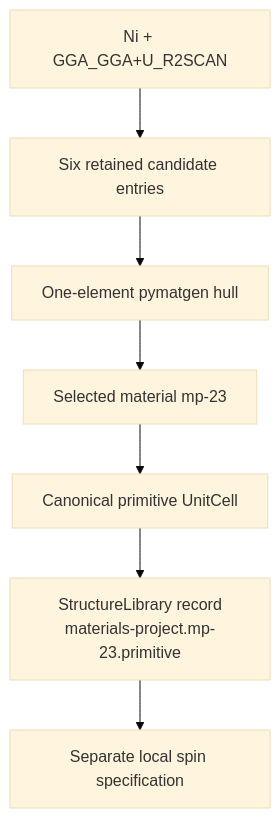
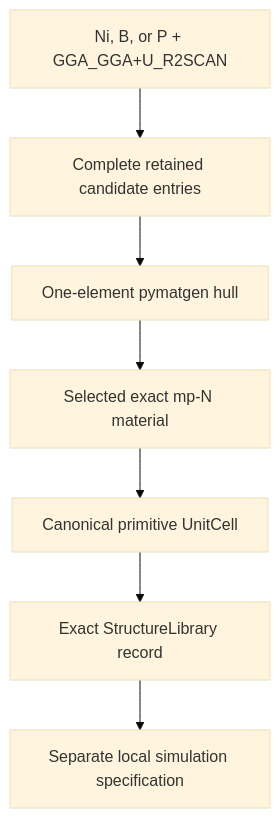
Before and after one commit to eragasa/projectkoios-simulations: the fourth of 6 diagrams in docs/architecture/projectkoios/integrations/materials_project/schematics.md, drawn with Mermaid (base theme). The commit also changed other lines of this file and 12 other files, not shown here.

````diff
--- a/docs/architecture/projectkoios/integrations/materials_project/schematics.md
+++ b/docs/architecture/projectkoios/integrations/materials_project/schematics.md
@@ -72,12 +72,12 @@
 ```mermaid
 flowchart TD
-    query[Ni + GGA_GGA+U_R2SCAN]
-    six[Six retained candidate entries]
+    query[Ni, B, or P + GGA_GGA+U_R2SCAN]
+    candidates[Complete retained candidate entries]
     hull[One-element pymatgen hull]
-    selected[Selected material mp-23]
+    selected[Selected exact mp-N material]
     copied[Canonical primitive UnitCell]
-    catalog[StructureLibrary record<br/>materials-project.mp-23.primitive]
-    local[Separate local spin specification]
+    catalog[Exact StructureLibrary record]
+    local[Separate local simulation specification]
 
-    query --> six --> hull --> selected --> copied --> catalog --> local
+    query --> candidates --> hull --> selected --> copied --> catalog --> local
 ```
````
